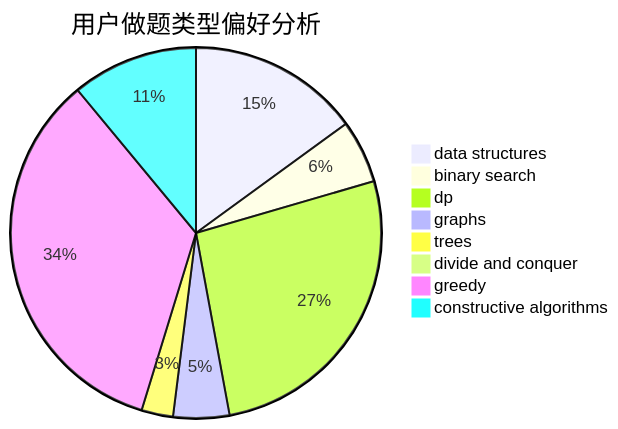
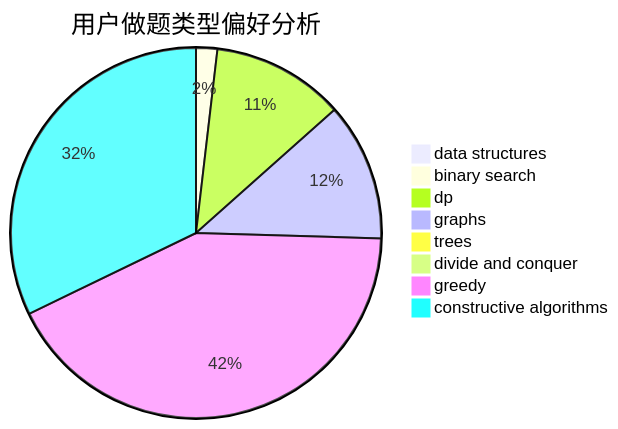
The second of 3 diagrams in docs/user/u1315.md (sherpahu/cfrs.github.io), drawn with Mermaid before and after one commit. The commit also changed other lines of this file and 2770 other files, not shown here.

````diff
--- a/docs/user/u1315.md
+++ b/docs/user/u1315.md
@@ -23,11 +23,11 @@
 ```mermaid
 pie title 用户做题类型偏好分析
-    "data structures" :  49
-    "binary search" :  18
-    "dp" :  87
-    "graphs" :  16
-    "trees" :  9
+    "data structures" :  4
+    "binary search" :  8
+    "dp" :  50
+    "graphs" :  52
+    "trees" :  0
     "divide and conquer" :  0
-    "greedy" :  112
-    "constructive algorithms" :  36
+    "greedy" :  183
+    "constructive algorithms" :  139
 ```
````
